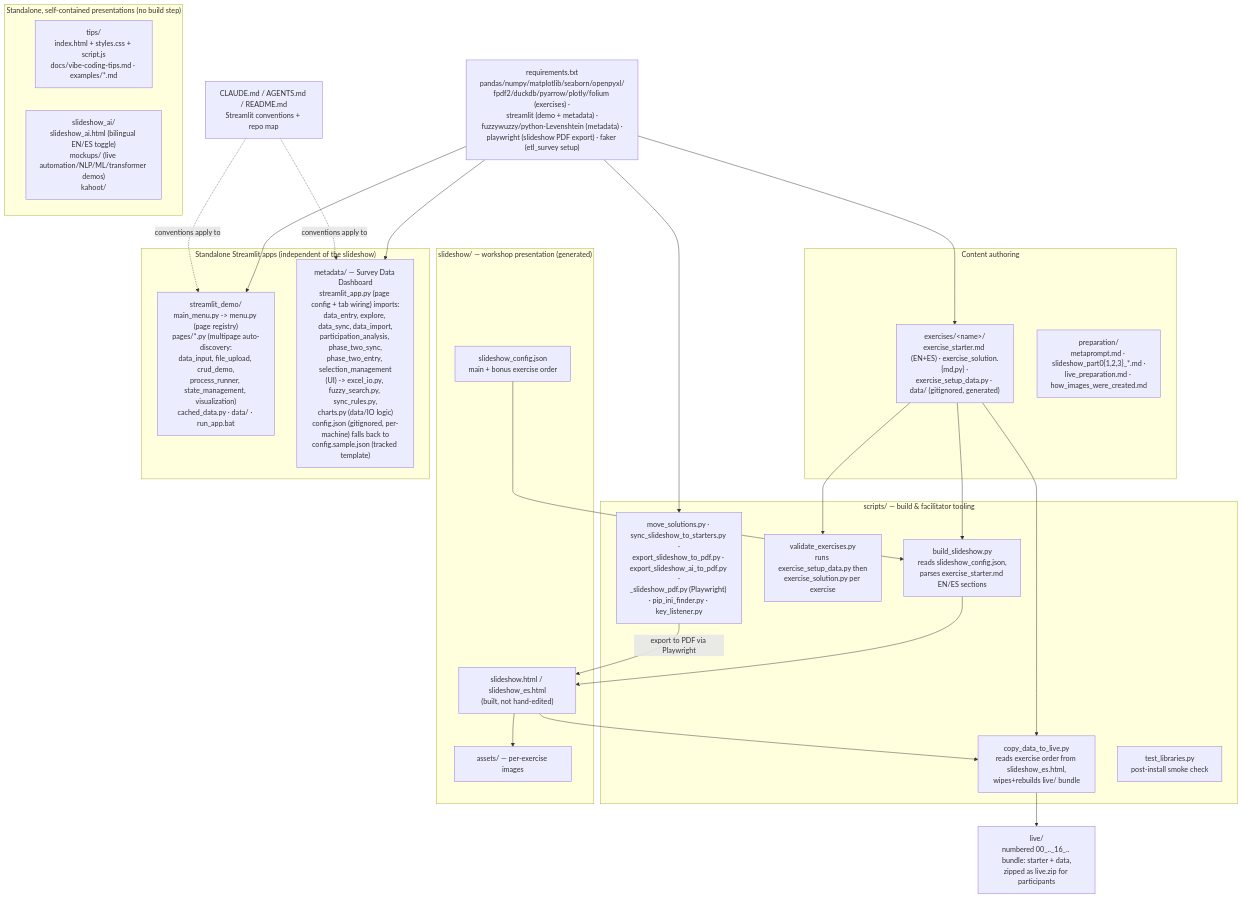
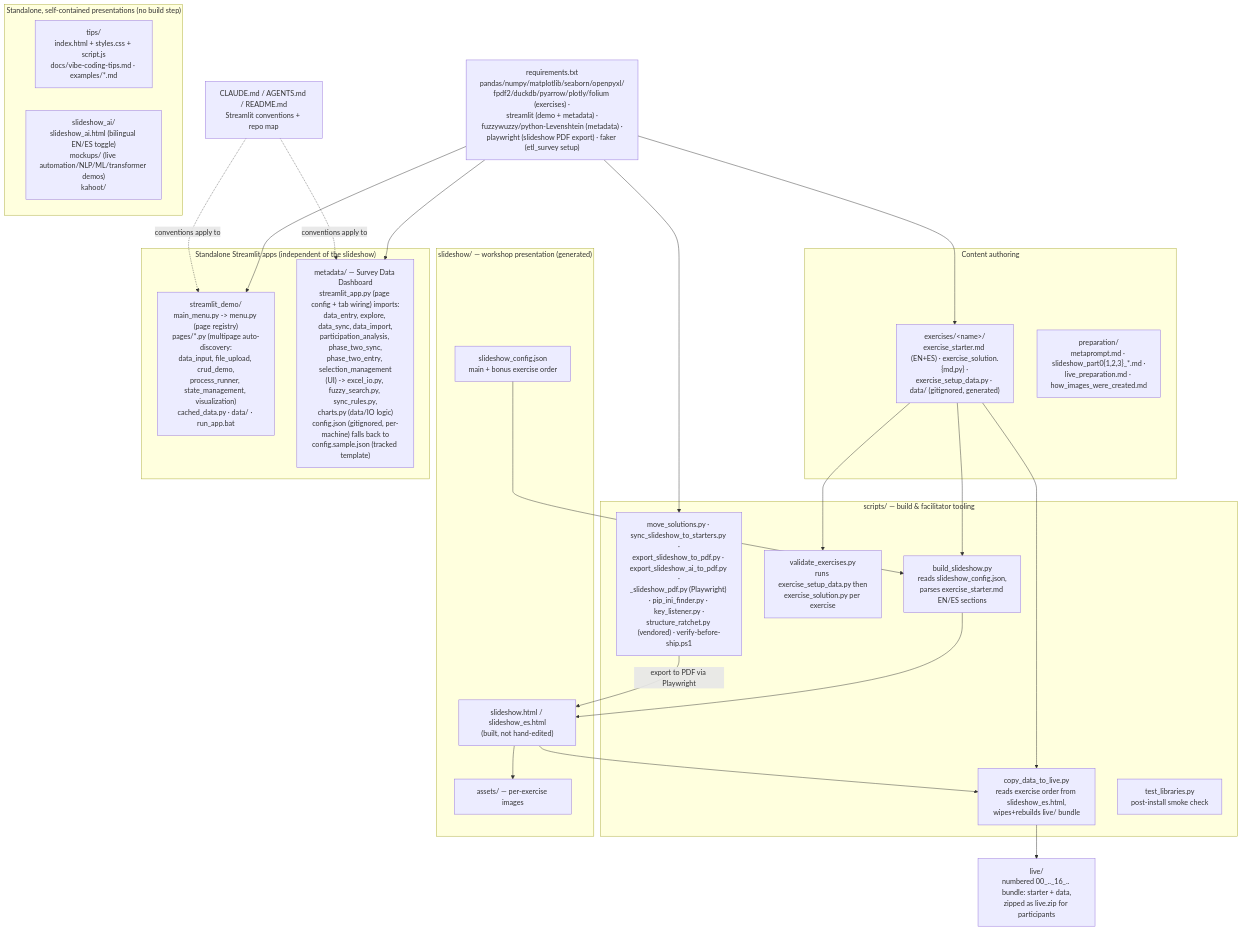
The diagram in docs/architecture.mmd (ferraroroberto/vibe-coding-workshop), drawn with Mermaid before and after one commit. The commit also changed 7 other files, not shown here.

First line of the commit message:
chore: adopt the vendored structure ratchet and write docs/layout.md (#67)

```diff
--- a/docs/architecture.mmd
+++ b/docs/architecture.mmd
@@ -1,58 +1,58 @@
 %% docs/architecture.mmd — this repo's own internal structure.
 %% Hand-authored, not generated (there is no crawler for a repo's own semantic
 %% shape, same reason a `.fleet.toml` `description` is hand-written). Update
 %% this diagram in the same PR as any material structural change (an exercise
 %% category added/removed, a build script relocated, a new standalone app
 %% folder). See fleet-config#256 for the general fleet-wide convention.
 
 flowchart TB
   subgraph content["Content authoring"]
     EXERCISES["exercises/&lt;name&gt;/\nexercise_starter.md (EN+ES) · exercise_solution.{md,py} ·\nexercise_setup_data.py · data/ (gitignored, generated)"]
     PREP["preparation/\nmetaprompt.md · slideshow_part0{1,2,3}_*.md ·\nlive_preparation.md · how_images_were_created.md"]
   end
 
   subgraph build["scripts/ — build & facilitator tooling"]
     BUILDSHOW["build_slideshow.py\nreads slideshow_config.json,\nparses exercise_starter.md EN/ES sections"]
     COPYLIVE["copy_data_to_live.py\nreads exercise order from slideshow_es.html,\nwipes+rebuilds live/ bundle"]
     VALIDATE["validate_exercises.py\nruns exercise_setup_data.py then\nexercise_solution.py per exercise"]
     TESTLIB["test_libraries.py\npost-install smoke check"]
-    OTHERSCRIPTS["move_solutions.py · sync_slideshow_to_starters.py ·\nexport_slideshow_to_pdf.py · export_slideshow_ai_to_pdf.py ·\n_slideshow_pdf.py (Playwright) · pip_ini_finder.py · key_listener.py"]
+    OTHERSCRIPTS["move_solutions.py · sync_slideshow_to_starters.py ·\nexport_slideshow_to_pdf.py · export_slideshow_ai_to_pdf.py ·\n_slideshow_pdf.py (Playwright) · pip_ini_finder.py · key_listener.py ·\nstructure_ratchet.py (vendored) · verify-before-ship.ps1"]
   end
 
   EXERCISES --> BUILDSHOW
   EXERCISES --> VALIDATE
   EXERCISES --> COPYLIVE
 
   subgraph slideshow["slideshow/ — workshop presentation (generated)"]
     CONFIG["slideshow_config.json\nmain + bonus exercise order"]
     SHTML["slideshow.html / slideshow_es.html\n(built, not hand-edited)"]
     ASSETS["assets/ — per-exercise images"]
   end
   CONFIG --> BUILDSHOW
   BUILDSHOW --> SHTML
   SHTML --> ASSETS
   SHTML --> COPYLIVE
   OTHERSCRIPTS -->|export to PDF via Playwright| SHTML
 
   LIVE["live/\nnumbered 00_.._16_.. bundle: starter + data,\nzipped as live.zip for participants"]
   COPYLIVE --> LIVE
 
   subgraph standalone["Standalone, self-contained presentations (no build step)"]
     TIPS["tips/\nindex.html + styles.css + script.js\ndocs/vibe-coding-tips.md · examples/*.md"]
     SLIDESHOWAI["slideshow_ai/\nslideshow_ai.html (bilingual EN/ES toggle)\nmockups/ (live automation/NLP/ML/transformer demos)\nkahoot/"]
   end
 
   subgraph apps["Standalone Streamlit apps (independent of the slideshow)"]
     DEMO["streamlit_demo/\nmain_menu.py -> menu.py (page registry)\npages/*.py (multipage auto-discovery:\ndata_input, file_upload, crud_demo,\nprocess_runner, state_management, visualization)\ncached_data.py · data/ · run_app.bat"]
     METADATA["metadata/ — Survey Data Dashboard\nstreamlit_app.py (page config + tab wiring) imports:\ndata_entry, explore, data_sync, data_import,\nparticipation_analysis, phase_two_sync,\nphase_two_entry, selection_management\n(UI) -> excel_io.py, fuzzy_search.py, sync_rules.py,\ncharts.py (data/IO logic)\nconfig.json (gitignored, per-machine) falls back to\nconfig.sample.json (tracked template)"]
   end
 
   REQ["requirements.txt\npandas/numpy/matplotlib/seaborn/openpyxl/\nfpdf2/duckdb/pyarrow/plotly/folium (exercises) ·\nstreamlit (demo + metadata) ·\nfuzzywuzzy/python-Levenshtein (metadata) ·\nplaywright (slideshow PDF export) · faker (etl_survey setup)"]
   REQ --> EXERCISES
   REQ --> DEMO
   REQ --> METADATA
   REQ --> OTHERSCRIPTS
 
   ROOTDOCS["CLAUDE.md / AGENTS.md / README.md\nStreamlit conventions + repo map"]
   ROOTDOCS -.->|conventions apply to| DEMO
   ROOTDOCS -.->|conventions apply to| METADATA
```
